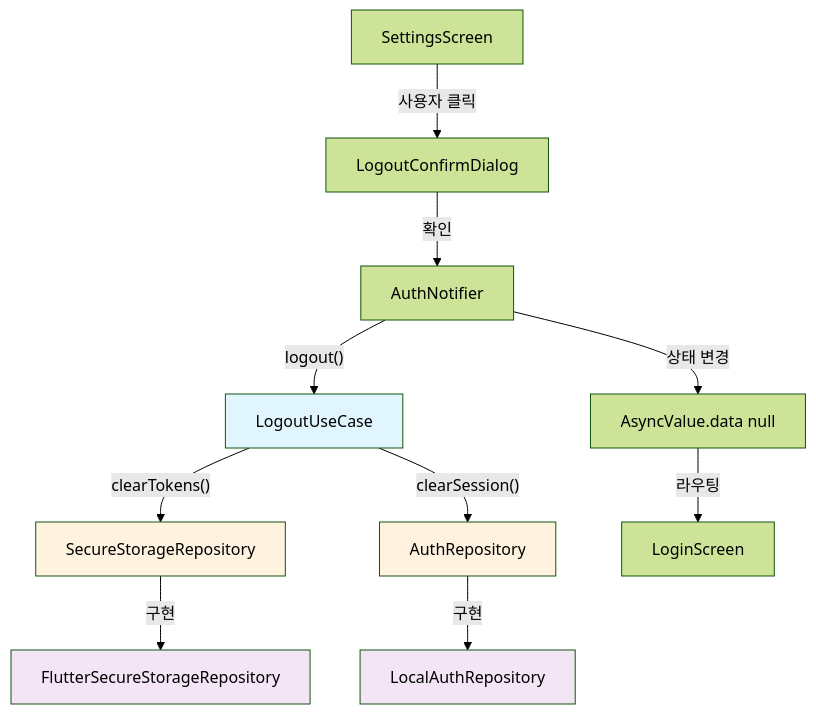
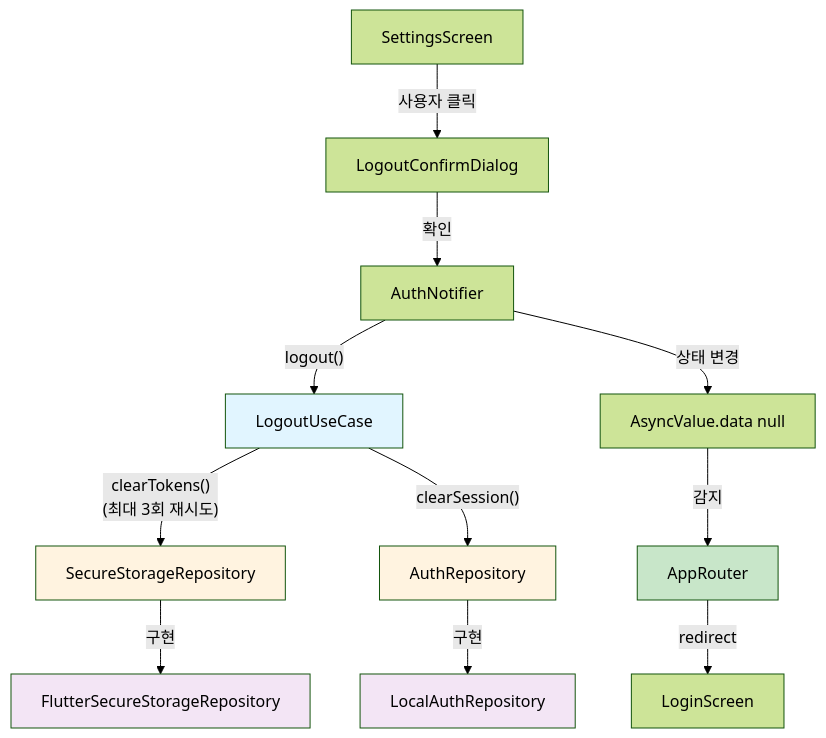
The first of 2 diagrams in docs/010/plan.md (pcepyon/n06), drawn with Mermaid (forest theme) before and after one commit. The commit also changed other lines of this file and 13 other files, not shown here.

````diff
--- a/docs/010/plan.md
+++ b/docs/010/plan.md
@@ -28,19 +35,21 @@
 ```mermaid
 graph TD
     A[SettingsScreen] -->|"사용자 클릭"| B[LogoutConfirmDialog]
     B -->|"확인"| C[AuthNotifier]
     C -->|"logout()"| D[LogoutUseCase]
-    D -->|"clearTokens()"| E[SecureStorageRepository]
+    D -->|"clearTokens()<br/>(최대 3회 재시도)"| E[SecureStorageRepository]
     D -->|"clearSession()"| F[AuthRepository]
     E -->|"구현"| G[FlutterSecureStorageRepository]
     F -->|"구현"| H[LocalAuthRepository]
 
     C -->|"상태 변경"| I[AsyncValue.data null]
-    I -->|"라우팅"| J[LoginScreen]
+    I -->|"감지"| J[AppRouter]
+    J -->|"redirect"| K[LoginScreen]
 
     style D fill:#e1f5ff
     style E fill:#fff3e0
     style F fill:#fff3e0
     style G fill:#f3e5f5
     style H fill:#f3e5f5
+    style J fill:#c8e6c9
 ```
````
